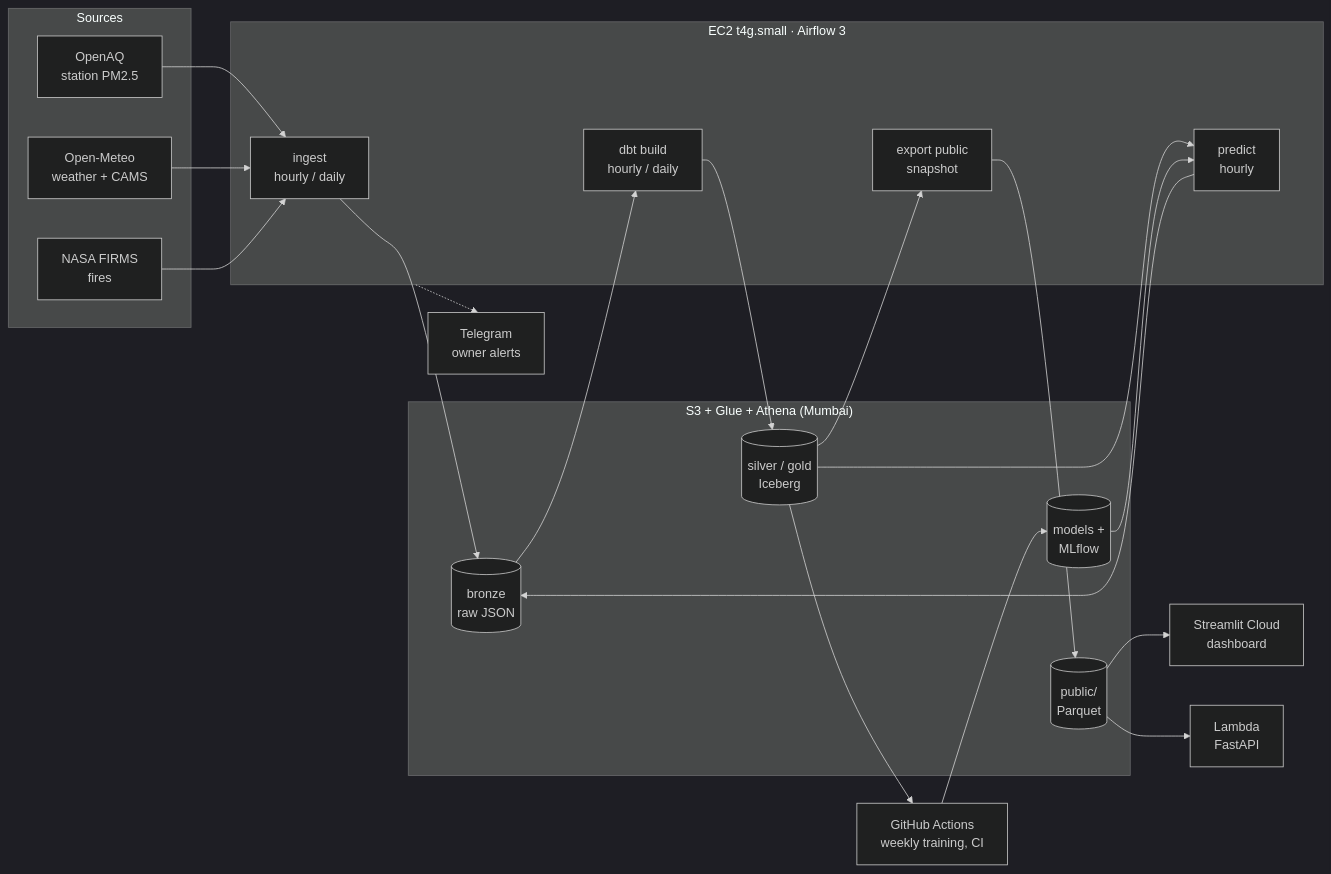
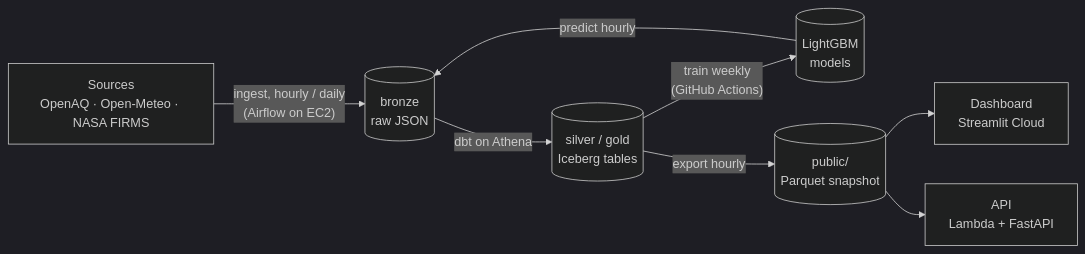
Before and after one commit to Tzing66/checkyouraqi: the diagram in README.md, drawn with Mermaid (dark theme).

Commit message:
README: simpler architecture diagram

````diff
--- a/README.md
+++ b/README.md
@@ -41,35 +41,18 @@
 ```mermaid
 flowchart LR
-    subgraph sources[Sources]
-        OAQ[OpenAQ<br/>station PM2.5]
-        OM[Open-Meteo<br/>weather + CAMS]
-        FIRMS[NASA FIRMS<br/>fires]
-    end
+    SRC["Sources<br/>OpenAQ · Open-Meteo · NASA FIRMS"]
+    BRONZE[("bronze<br/>raw JSON")]
+    GOLD[("silver / gold<br/>Iceberg tables")]
+    MODELS[("LightGBM<br/>models")]
+    PUBLIC[("public/<br/>Parquet snapshot")]
+    DASH["Dashboard<br/>Streamlit Cloud"]
+    API["API<br/>Lambda + FastAPI"]
 
-    subgraph ec2["EC2 t4g.small · Airflow 3"]
-        ING[ingest<br/>hourly / daily]
-        DBT[dbt build<br/>hourly / daily]
-        PRED[predict<br/>hourly]
-        EXP[export public<br/>snapshot]
-    end
-
-    subgraph s3["S3 + Glue + Athena (Mumbai)"]
-        BRONZE[(bronze<br/>raw JSON)]
-        GOLD[(silver / gold<br/>Iceberg)]
-        PUBLIC[(public/<br/>Parquet)]
-        MODELS[(models +<br/>MLflow)]
-    end
-
-    GHA[GitHub Actions<br/>weekly training, CI]
-    DASH[Streamlit Cloud<br/>dashboard]
-    API[Lambda<br/>FastAPI]
-    TG[Telegram<br/>owner alerts]
-
-    OAQ & OM & FIRMS --> ING --> BRONZE --> DBT --> GOLD
-    GOLD --> PRED --> BRONZE
-    GOLD --> EXP --> PUBLIC
-    GOLD --> GHA --> MODELS --> PRED
+    SRC -->|"ingest, hourly / daily<br/>(Airflow on EC2)"| BRONZE
+    BRONZE -->|"dbt on Athena"| GOLD
+    GOLD -->|"train weekly<br/>(GitHub Actions)"| MODELS
+    MODELS -->|"predict hourly"| BRONZE
+    GOLD -->|"export hourly"| PUBLIC
     PUBLIC --> DASH
     PUBLIC --> API
-    ec2 -.-> TG
 ```
````
